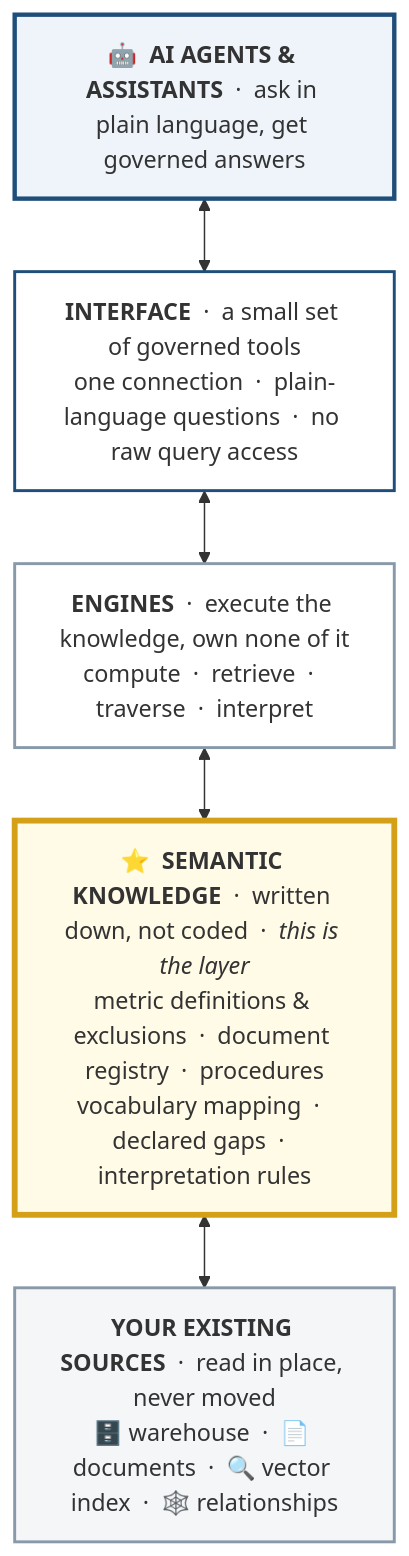
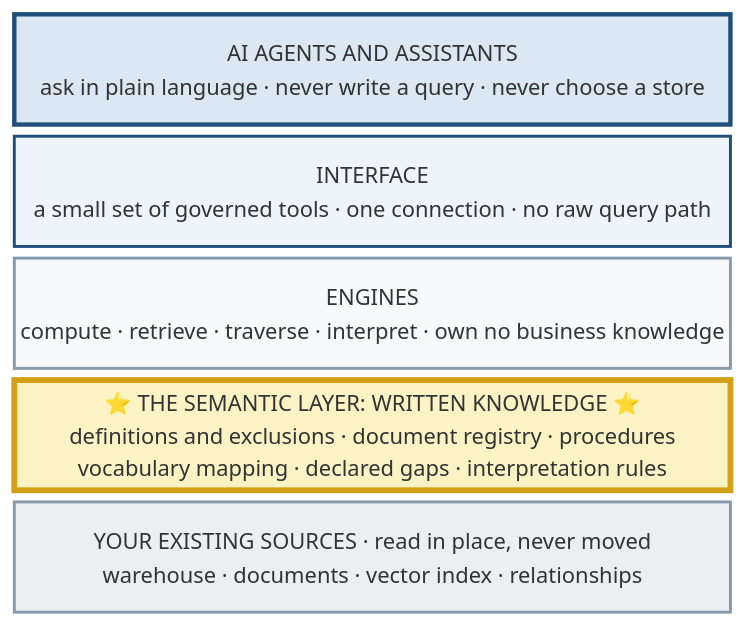
One commit to benkohcc/semantic-layer-for-ai-agents changed the second of 3 diagrams in README.md. Above: the diagram before and after it, drawn with Mermaid. The commit also changed other lines of this file, not shown here.

````diff
--- a/README.md
+++ b/README.md
@@ -136,19 +136,32 @@
 ```mermaid
-flowchart TB
-    AG["🤖 &nbsp;<b>AI AGENTS &amp; ASSISTANTS</b> &nbsp;·&nbsp; ask in plain language, get governed answers"]
-    T["<b>INTERFACE</b> &nbsp;·&nbsp; a small set of governed tools<br/>one connection &nbsp;·&nbsp; plain-language questions &nbsp;·&nbsp; no raw query access"]
-    E["<b>ENGINES</b> &nbsp;·&nbsp; execute the knowledge, own none of it<br/>compute &nbsp;·&nbsp; retrieve &nbsp;·&nbsp; traverse &nbsp;·&nbsp; interpret"]
-    K["⭐ &nbsp;<b>SEMANTIC KNOWLEDGE</b> &nbsp;·&nbsp; written down, not coded &nbsp;·&nbsp; <i>this is the layer</i><br/>metric definitions &amp; exclusions &nbsp;·&nbsp; document registry &nbsp;·&nbsp; procedures<br/>vocabulary mapping &nbsp;·&nbsp; declared gaps &nbsp;·&nbsp; interpretation rules"]
-    SRC["<b>YOUR EXISTING SOURCES</b> &nbsp;·&nbsp; read in place, never moved<br/>🗄️ warehouse &nbsp;·&nbsp; 📄 documents &nbsp;·&nbsp; 🔍 vector index &nbsp;·&nbsp; 🕸️ relationships"]
+block-beta
+  columns 1
 
-    AG <--> T
-    T <--> E
-    E <--> K
-    K <--> SRC
+  ag["AI AGENTS AND ASSISTANTS
+  ask in plain language · never write a query · never choose a store"]
 
-    style AG fill:#eef4fa,stroke:#1e4e79,stroke-width:3px
-    style T fill:#ffffff,stroke:#1e4e79,stroke-width:2px
-    style E fill:#ffffff,stroke:#8899aa,stroke-width:2px
-    style K fill:#fffbe6,stroke:#d4a017,stroke-width:4px
-    style SRC fill:#f4f6f8,stroke:#8899aa,stroke-width:2px
+  i["INTERFACE
+  a small set of governed tools · one connection · no raw query path"]
+
+  e["ENGINES
+  compute · retrieve · traverse · interpret · own no business knowledge"]
+
+  k["⭐  THE SEMANTIC LAYER: WRITTEN KNOWLEDGE  ⭐
+  definitions and exclusions · document registry · procedures
+  vocabulary mapping · declared gaps · interpretation rules"]
+
+  d["YOUR EXISTING SOURCES · read in place, never moved
+  warehouse · documents · vector index · relationships"]
+
+  classDef agent fill:#dbe7f3,stroke:#1e4e79,stroke-width:3px,color:#16293b,font-size:15px;
+  classDef iface fill:#eef4fa,stroke:#1e4e79,stroke-width:2px,color:#16293b,font-size:15px;
+  classDef eng fill:#f7f9fb,stroke:#8899aa,stroke-width:2px,color:#16293b,font-size:15px;
+  classDef know fill:#fbf3c4,stroke:#d4a017,stroke-width:4px,color:#16293b,font-size:15px;
+  classDef src fill:#eceff2,stroke:#8899aa,stroke-width:2px,color:#16293b,font-size:15px;
+
+  class ag agent
+  class i iface
+  class e eng
+  class k know
+  class d src
 ```
````
